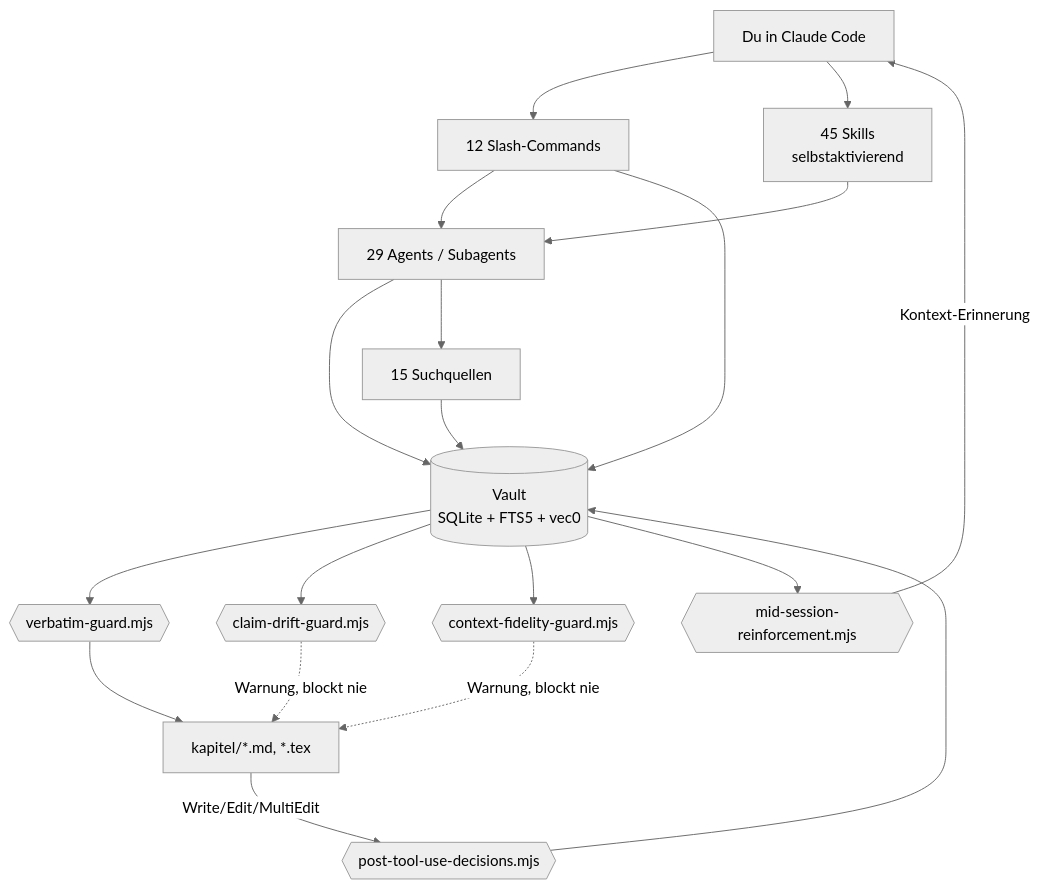
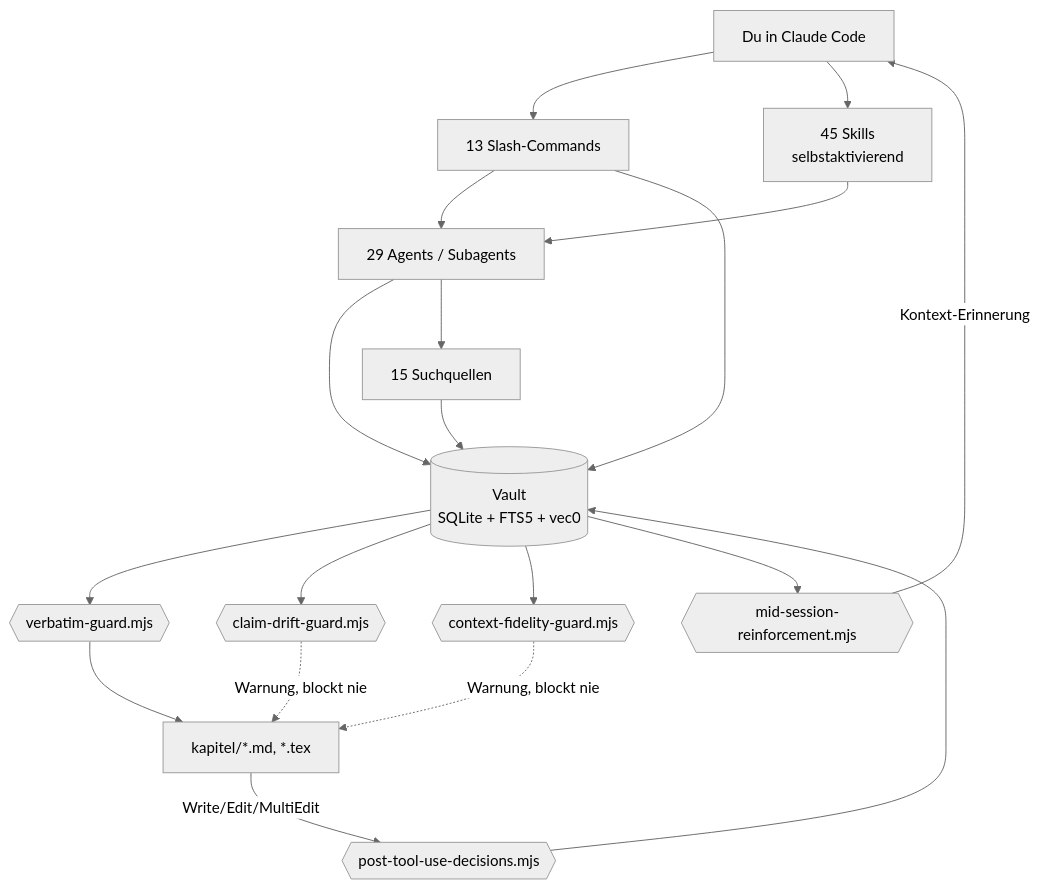
The diagram in docs/reference/architecture.md (ahlerjam/academic-research), drawn with Mermaid (neutral theme) before and after one commit. The commit also changed 9 other files, not shown here.

````diff
--- a/docs/reference/architecture.md
+++ b/docs/reference/architecture.md
@@ -14,23 +14,23 @@
 ```mermaid
 graph TD
-    U[Du in Claude Code] --> CMD[12 Slash-Commands]
+    U[Du in Claude Code] --> CMD[13 Slash-Commands]
     U --> SK[45 Skills<br/>selbstaktivierend]
     CMD --> AG[29 Agents / Subagents]
     SK --> AG
     AG --> V[(Vault<br/>SQLite + FTS5 + vec0)]
     CMD --> V
     AG --> Q[15 Suchquellen]
     Q --> V
 
     V --> VG{{verbatim-guard.mjs}}
     V --> CDG{{claim-drift-guard.mjs}}
     V --> CFG{{context-fidelity-guard.mjs}}
     VG --> K[kapitel/*.md, *.tex]
     CDG -.Warnung, blockt nie.-> K
     CFG -.Warnung, blockt nie.-> K
 
     K -->|Write/Edit/MultiEdit| PTD{{post-tool-use-decisions.mjs}}
     PTD --> V
     V --> MSR{{mid-session-reinforcement.mjs}}
     MSR -->|Kontext-Erinnerung| U
 ```
````
